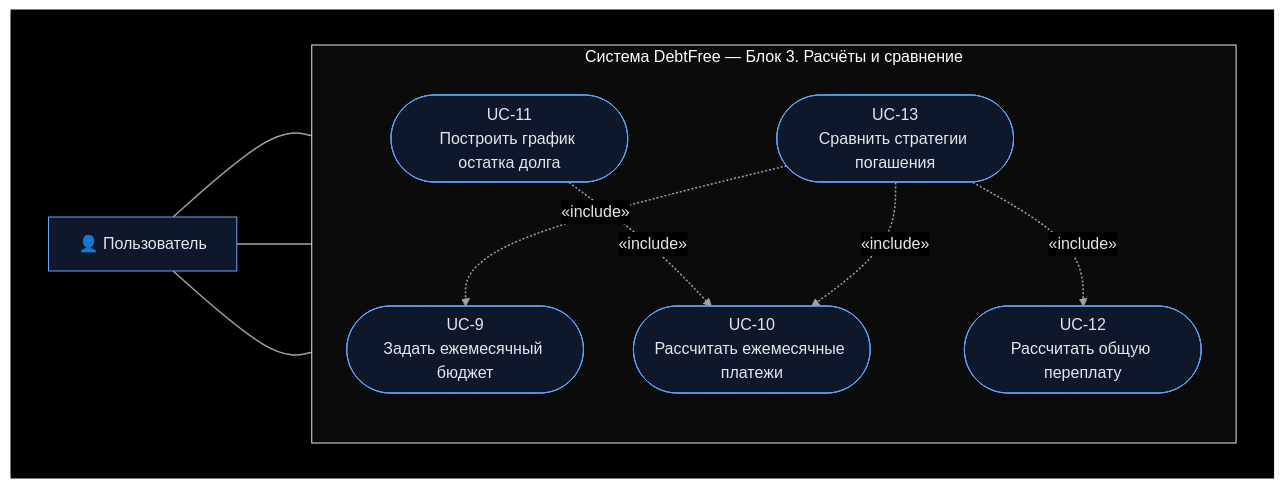
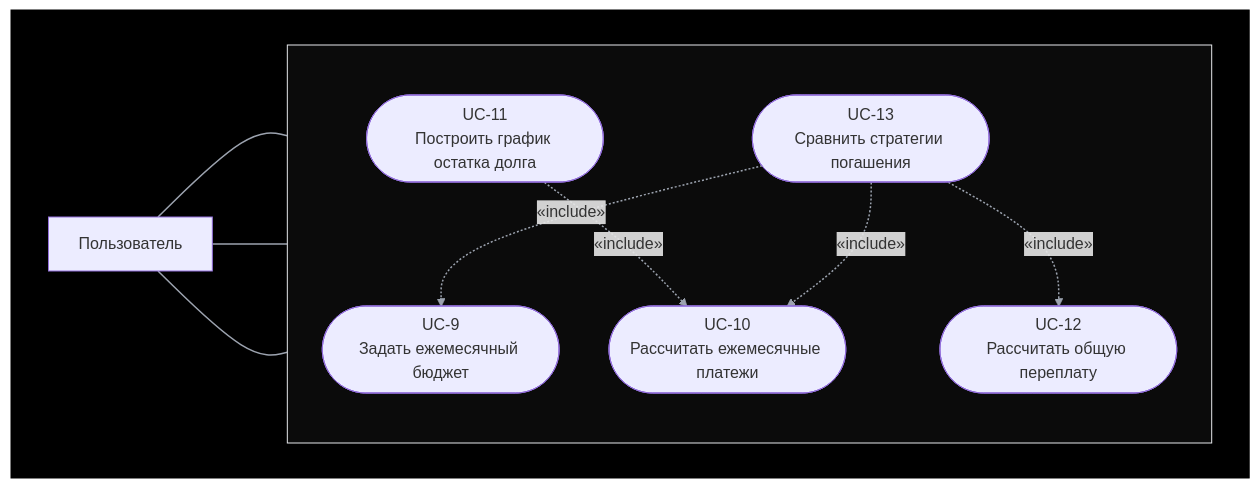
The third of 6 diagrams in README.md (NE4EL/DebtFree), drawn with Mermaid before and after one commit. The commit also changed other lines of this file, not shown here.

````diff
--- a/README.md
+++ b/README.md
@@ -98,30 +98,29 @@
 ```mermaid
-%%{init: {'theme':'base','themeVariables': {'background':'#000000','primaryColor':'#0f172a','primaryBorderColor':'#60a5fa','primaryTextColor':'#e5e7eb','nodeTextColor':'#e5e7eb','secondaryColor':'#0b0b0b','tertiaryColor':'#0b0b0b','tertiaryTextColor':'#e5e7eb','clusterBkg':'#0b0b0b','clusterBorder':'#e5e7eb','lineColor':'#9ca3af','textColor':'#e5e7eb','titleColor':'#ffffff','edgeLabelBackground':'#000000'}}}%%
 flowchart LR
     subgraph BG[" "]
         direction LR
-        U["👤 Пользователь"]
+        U["Пользователь"]
 
-        subgraph SYS["Система DebtFree — Блок 3. Расчёты и сравнение"]
+        subgraph SYS[" "]
             direction TB
             UC9(["UC-9<br/>Задать ежемесячный бюджет"])
             UC10(["UC-10<br/>Рассчитать ежемесячные платежи"])
             UC11(["UC-11<br/>Построить график остатка долга"])
             UC12(["UC-12<br/>Рассчитать общую переплату"])
             UC13(["UC-13<br/>Сравнить стратегии погашения"])
         end
 
         U --- UC9
         U --- UC11
         U --- UC13
 
         UC11 -. "«include»" .-> UC10
         UC13 -. "«include»" .-> UC9
         UC13 -. "«include»" .-> UC10
         UC13 -. "«include»" .-> UC12
     end
 
     style BG fill:#000000,stroke:#000000
     style SYS fill:#0b0b0b,stroke:#e5e7eb,color:#ffffff
     linkStyle default stroke:#9ca3af,stroke-width:1.5px
 ```
````
